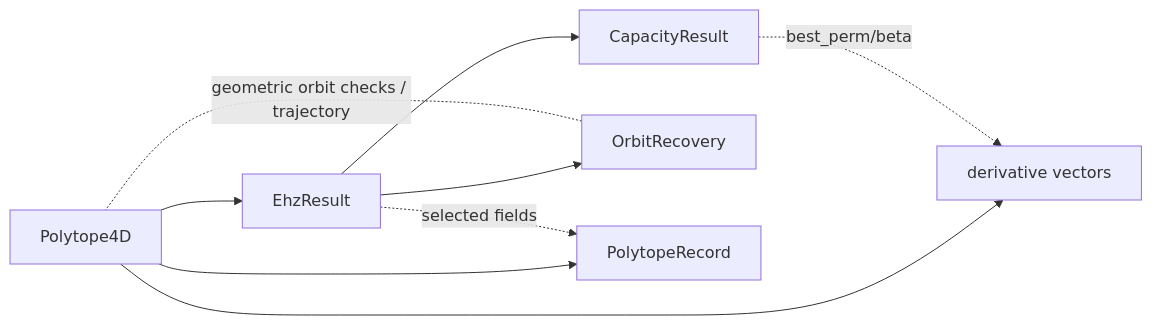
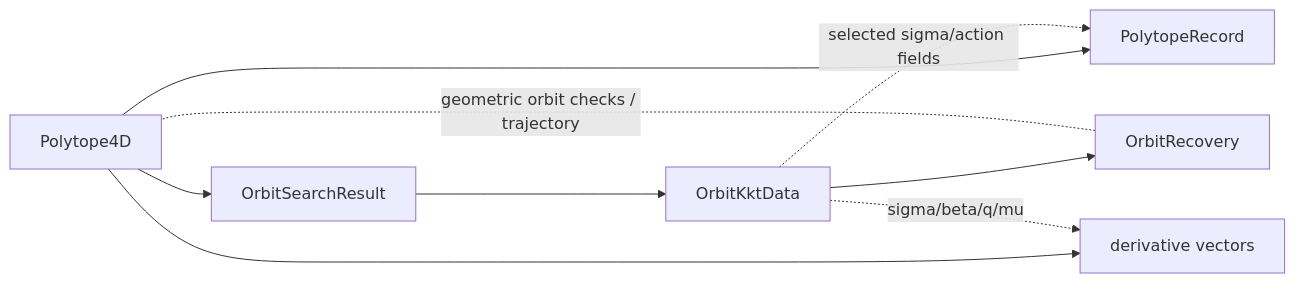
The third of 4 diagrams in ARCHITECTURE.md (JoernStoehler/msc-math), drawn with Mermaid before and after one commit. The commit also changed other lines of this file and 26 other files, not shown here.

Commit message:
Return OrbitSearchResult from root capacity family

````diff
--- a/ARCHITECTURE.md
+++ b/ARCHITECTURE.md
@@ -141,18 +143,18 @@
 ```mermaid
 flowchart LR
     P["Polytope4D"]
-    E["EhzResult"]
-    C["CapacityResult"]
+    S["OrbitSearchResult"]
+    K["OrbitKktData"]
     O["OrbitRecovery"]
     R["PolytopeRecord"]
     D["derivative vectors"]
 
-    P --> E
-    E --> C
-    E --> O
+    P --> S
+    S --> K
+    K --> O
     P --> R
-    E -. selected fields .-> R
+    K -. selected sigma/action fields .-> R
     P --> D
-    C -. best_perm/beta .-> D
+    K -. sigma/beta/q/mu .-> D
     O -. geometric orbit checks / trajectory .- P
 ```
````
